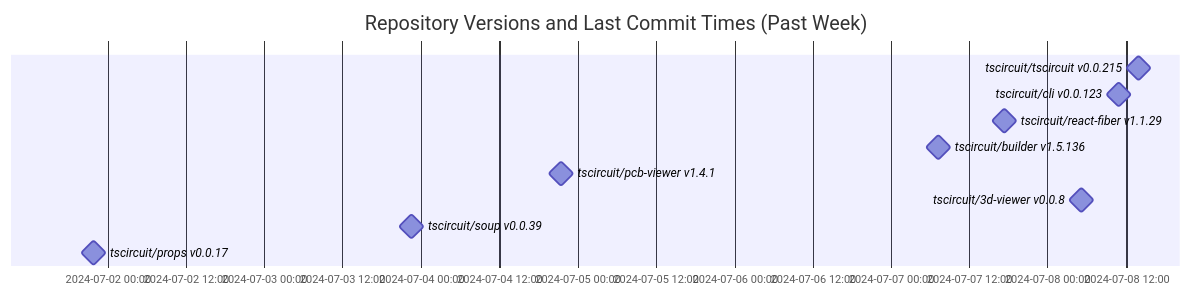
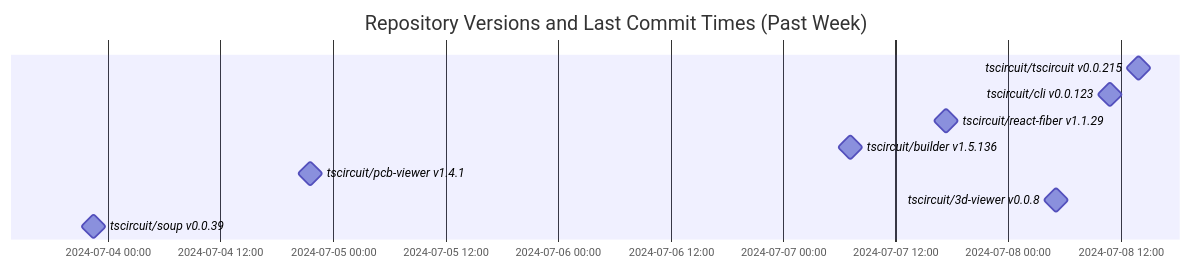
One commit to tscircuit/version-tracker changed the diagram in README.md. Above: the diagram before and after it, drawn with Mermaid.

Commit message:
Update chart

````diff
--- a/README.md
+++ b/README.md
@@ -1,15 +1,14 @@
 ```mermaid
 gantt
   dateFormat  YYYY-MM-DD HH:mm:ss
   title Repository Versions and Last Commit Times (Past Week)
   axisFormat %Y-%m-%d %H:%M
 
   tscircuit/tscircuit v0.0.215 : milestone, 2024-07-08 13:54:52, 1s
   tscircuit/cli v0.0.123 : milestone, 2024-07-08 10:54:56, 1s
   tscircuit/react-fiber v1.1.29 : milestone, 2024-07-07 17:23:26, 1s
   tscircuit/builder v1.5.136 : milestone, 2024-07-07 07:13:19, 1s
   tscircuit/pcb-viewer v1.4.1 : milestone, 2024-07-04 21:31:51, 1s
   tscircuit/3d-viewer v0.0.8 : milestone, 2024-07-08 05:06:01, 1s
   tscircuit/soup v0.0.39 : milestone, 2024-07-03 22:27:43, 1s
-  tscircuit/props v0.0.17 : milestone, 2024-07-01 21:50:17, 1s
 ```
````
